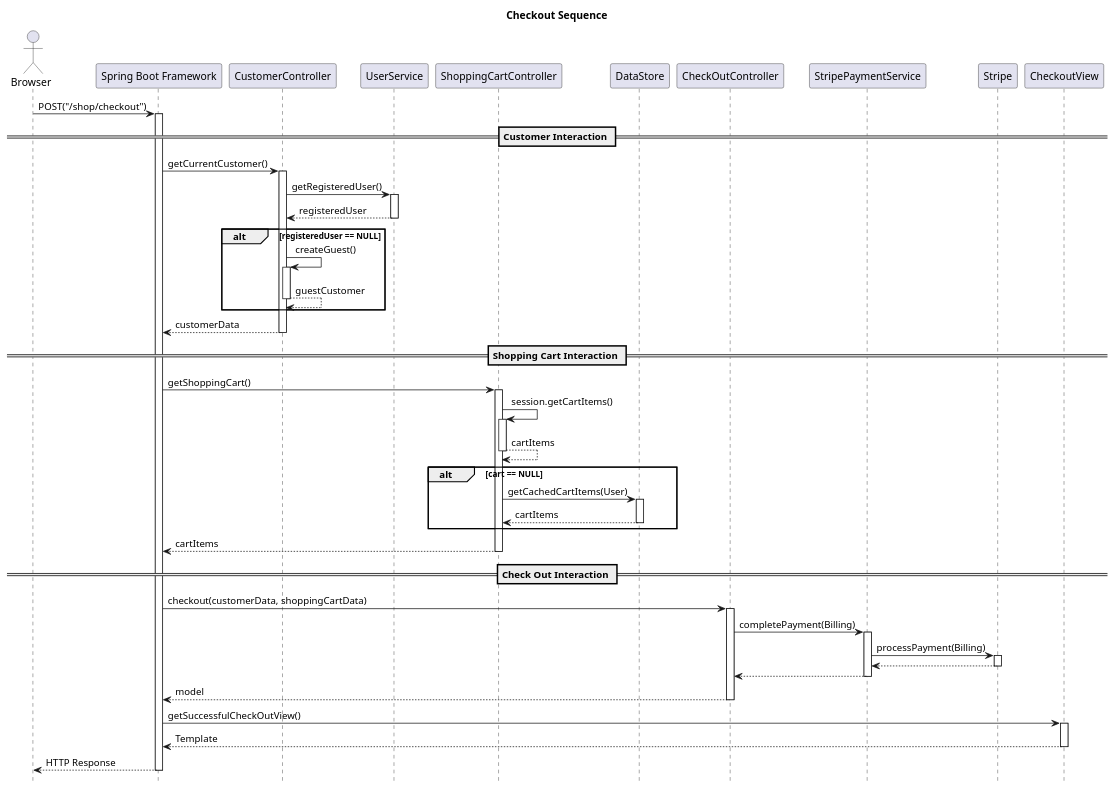
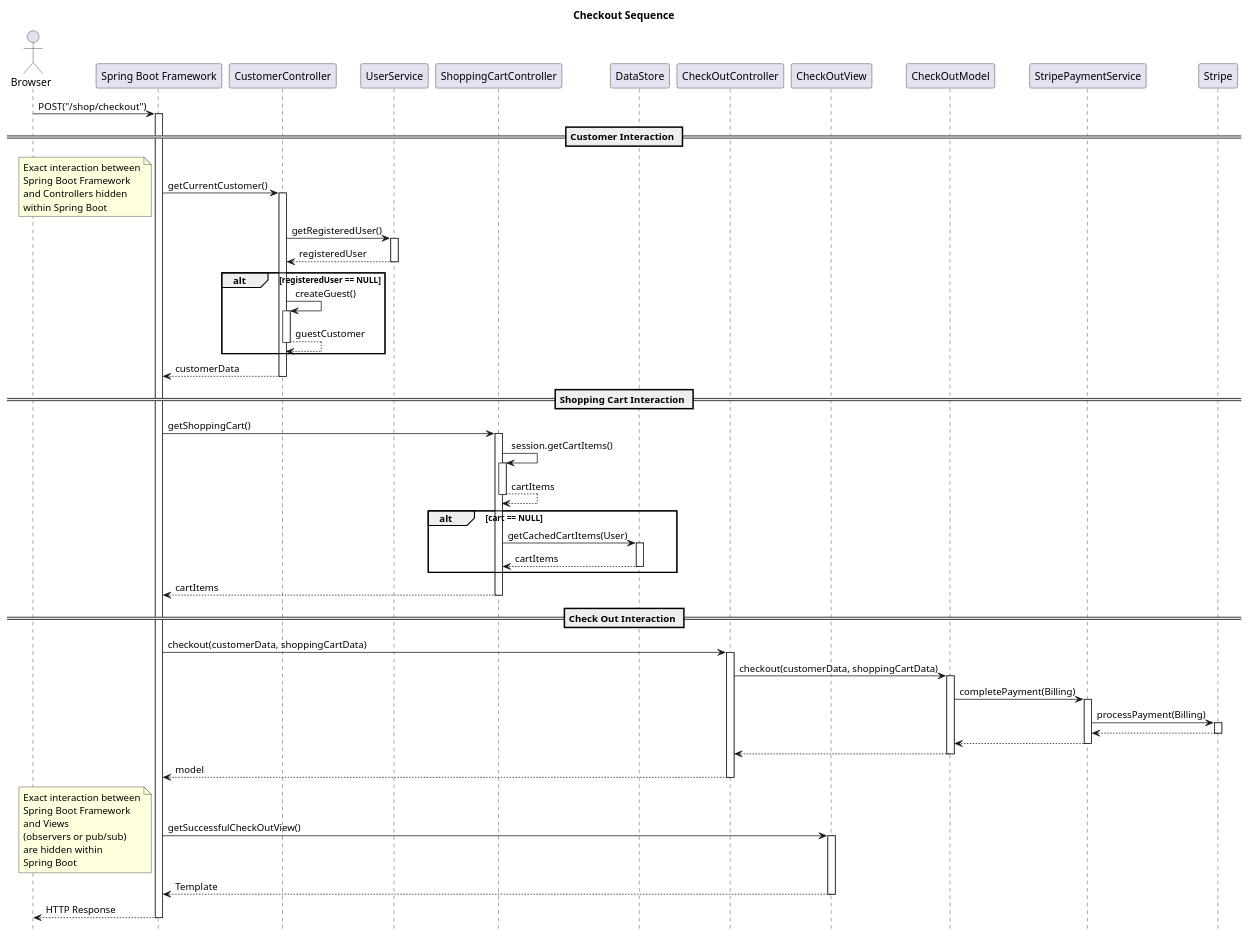
Before and after one commit to Rockie156/se577-train-system: the diagram in docs/sequence/checkout.puml, drawn with PlantUML. The commit also changed 1 other file, not shown here.

Commit message:
Adding checkout class and sequence diagrams
Added to the sequence diagram and first version of class diagram

```diff
--- a/docs/sequence/checkout.puml
+++ b/docs/sequence/checkout.puml
@@ -1,40 +1,65 @@
 @startuml
 title Checkout Sequence
 hide footbox
 autoactivate on
 
 actor "Browser" as client
 participant "Spring Boot Framework" as SB
+participant CustomerController
+participant UserService
+participant ShoppingCartController
+participant DataStore
+participant CheckOutController
+participant CheckOutView
+
+
+
 client -> SB : POST("/shop/checkout")
 
 == Customer Interaction ==
 SB -> CustomerController : getCurrentCustomer()
-   CustomerController -> UserService : getRegisteredUser()
-   return registeredUser
+note left
+Exact interaction between
+Spring Boot Framework
+and Controllers hidden
+within Spring Boot
+end note
+CustomerController -> UserService : getRegisteredUser()
+return registeredUser
 alt registeredUser == NULL
    CustomerController -> CustomerController : createGuest()
    return guestCustomer
 end
 return customerData
 
 == Shopping Cart Interaction ==
 SB -> ShoppingCartController : getShoppingCart()
 ShoppingCartController -> ShoppingCartController : session.getCartItems()
 return cartItems
 alt cart == NULL
    ShoppingCartController -> DataStore : getCachedCartItems(User)
    return cartItems
 end
 return cartItems
 
 == Check Out Interaction ==
 SB -> CheckOutController : checkout(customerData, shoppingCartData)
-CheckOutController -> StripePaymentService : completePayment(Billing)
+CheckOutController -> CheckOutModel : checkout(customerData, shoppingCartData)
+CheckOutModel -> StripePaymentService : completePayment(Billing)
 StripePaymentService -> Stripe : processPayment(Billing)
 return
 return
+return
 return model
-SB -> CheckoutView : getSuccessfulCheckOutView()
+SB -> CheckOutView : getSuccessfulCheckOutView()
+note left
+Exact interaction between
+Spring Boot Framework
+and Views
+(observers or pub/sub)
+are hidden within
+Spring Boot
+end note
 return Template
 return HTTP Response
 @enduml
```
